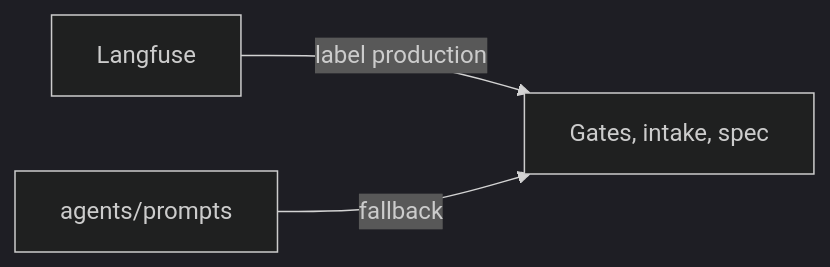
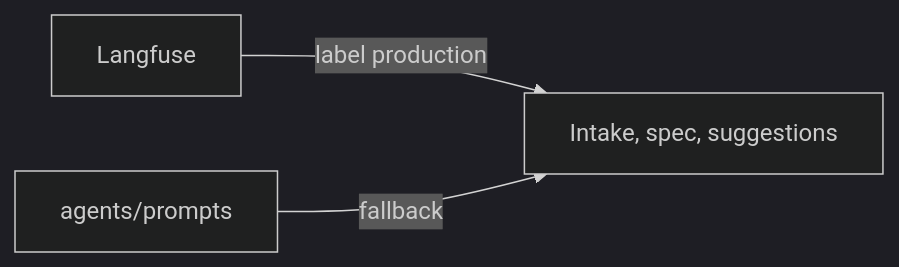
One commit to Altinn/altinn-studio changed the third of 6 diagrams in src/AI/assistant/docs/3-modules.md. Above: the diagram before and after it, drawn with Mermaid (dark theme). The commit also changed other lines of this file and 50 other files, not shown here.

````diff
--- a/src/AI/assistant/docs/3-modules.md
+++ b/src/AI/assistant/docs/3-modules.md
@@ -50,5 +50,5 @@
 ```mermaid
 flowchart LR
-  F["Langfuse"] -->|label production| G["Gates, intake, spec"]
+  F["Langfuse"] -->|label production| G["Intake, spec, suggestions"]
   P["agents/prompts"] -->|fallback| G
 ```
````
